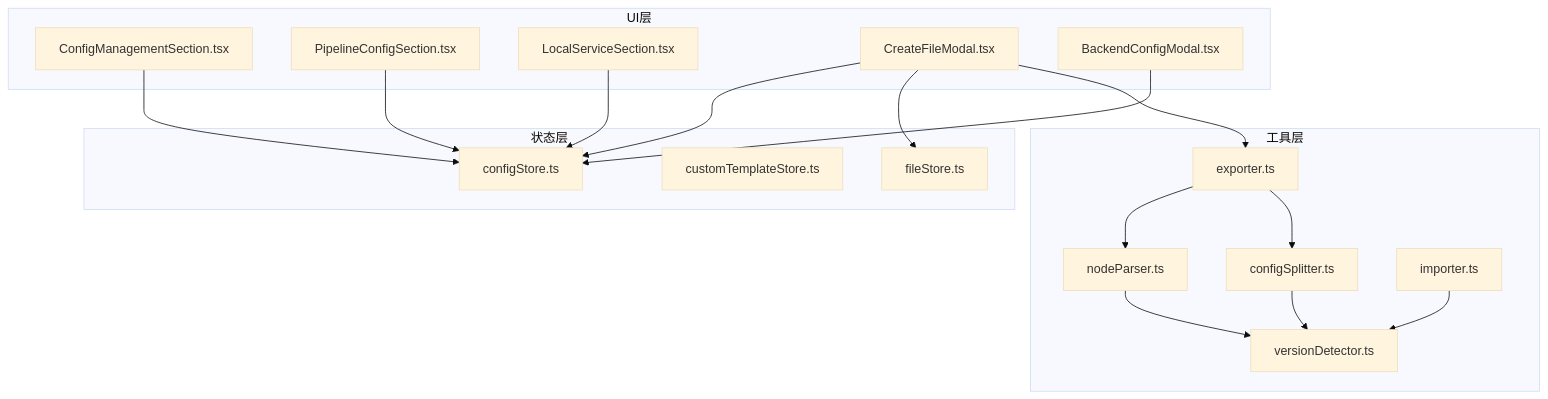
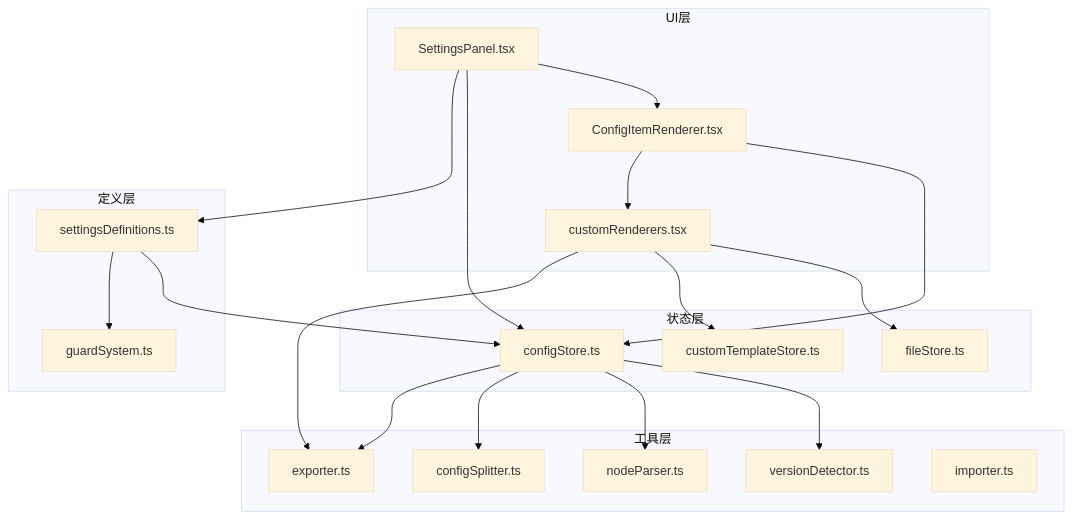
The first of 8 diagrams in .qoder/repowiki/zh/content/用户界面/面板系统/配置面板/配置管理区域.md (kqcoxn/MaaPipelineEditor), drawn with Mermaid (base theme) before and after one commit. The commit also changed other lines of this file and 50 other files, not shown here.

````diff
--- a/.qoder/repowiki/zh/content/用户界面/面板系统/配置面板/配置管理区域.md
+++ b/.qoder/repowiki/zh/content/用户界面/面板系统/配置面板/配置管理区域.md
@@ -46,34 +60,38 @@
 ```mermaid
 graph TB
 subgraph "UI层"
-CMS["ConfigManagementSection.tsx"]
-PCS["PipelineConfigSection.tsx"]
-LSS["LocalServiceSection.tsx"]
-CFM["CreateFileModal.tsx"]
-BCM["BackendConfigModal.tsx"]
+SP["SettingsPanel.tsx"]
+CIR["ConfigItemRenderer.tsx"]
+CR["customRenderers.tsx"]
+end
+subgraph "定义层"
+SD["settingsDefinitions.ts"]
+GS["guardSystem.ts"]
 end
 subgraph "状态层"
 CS["configStore.ts"]
 CTS["customTemplateStore.ts"]
 FS["fileStore.ts"]
 end
 subgraph "工具层"
 EXP["exporter.ts"]
 SPL["configSplitter.ts"]
 NPL["nodeParser.ts"]
 VDT["versionDetector.ts"]
 IMP["importer.ts"]
 end
-CMS --> CS
-PCS --> CS
-LSS --> CS
-CFM --> EXP
-CFM --> FS
-CFM --> CS
-BCM --> CS
-EXP --> SPL
-EXP --> NPL
-NPL --> VDT
-SPL --> VDT
-IMP --> VDT
+SP --> SD
+SP --> CS
+SP --> CIR
+CIR --> CR
+CIR --> CS
+CR --> EXP
+CR --> CTS
+CR --> FS
+SD --> GS
+SD --> CS
+CS --> EXP
+CS --> SPL
+CS --> NPL
+CS --> VDT
 ```
````
